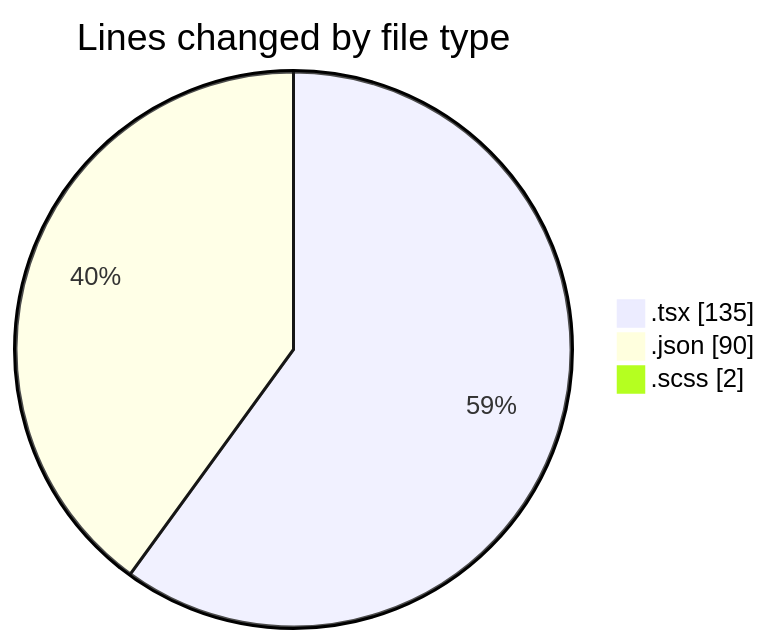
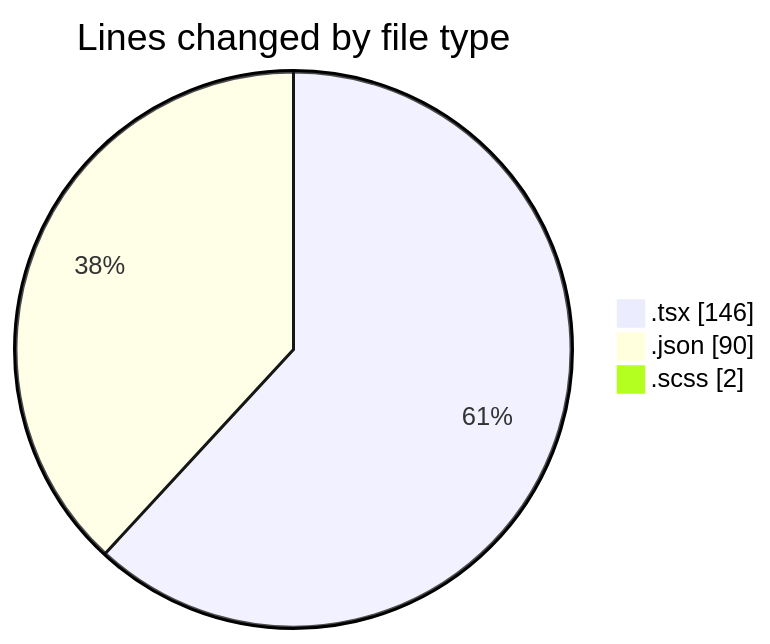
The first of 2 diagrams in 2026-05-13/cda/README.md (momahboobian/code-tracking), drawn with Mermaid before and after one commit. The commit also changed other lines of this file and 1 other file, not shown here.

````diff
--- a/2026-05-13/cda/README.md
+++ b/2026-05-13/cda/README.md
@@ -24,7 +24,7 @@
 ```mermaid
 pie showData
 title Lines changed by file type
-".tsx" : 135
+".tsx" : 146
 ".json" : 90
 ".scss" : 2
 ```
````
